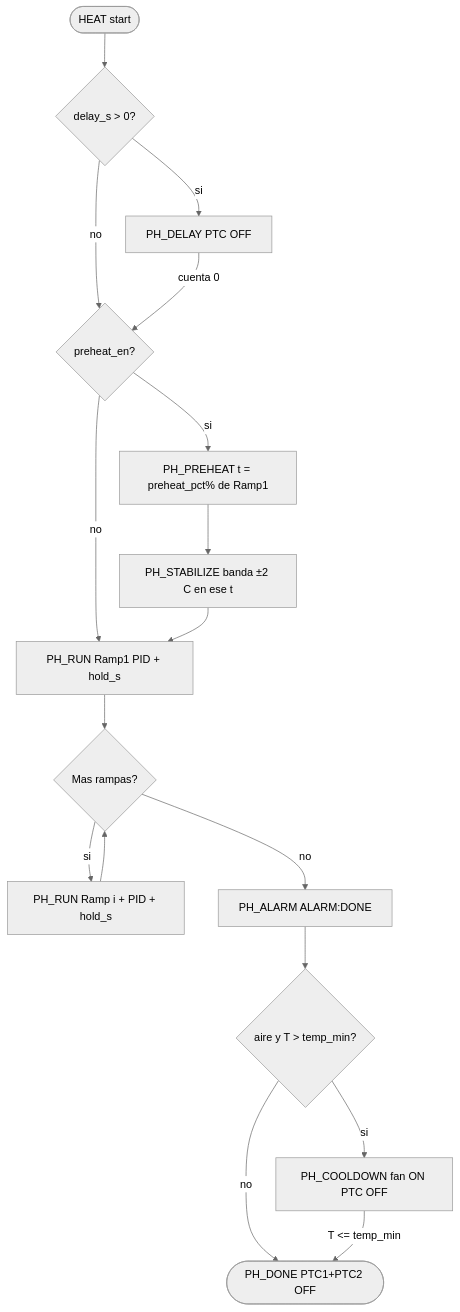
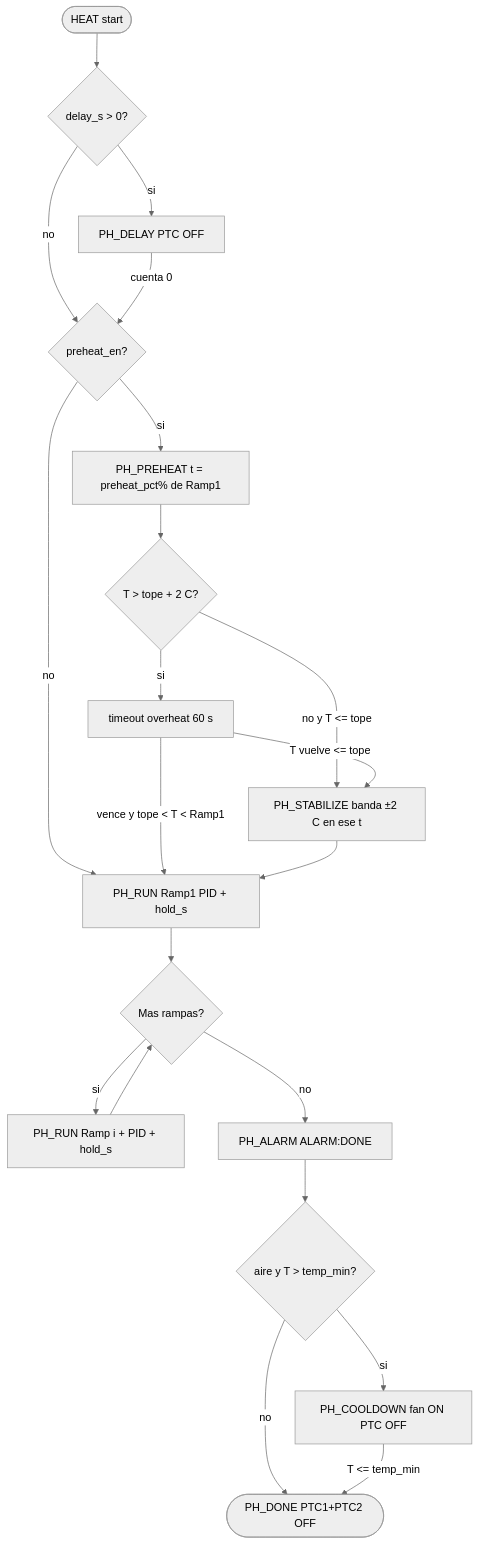
One commit to krisskira/smd-soldering-hotplate changed the diagram in firmware/avr/doc/program_flows.md. Above: the diagram before and after it, drawn with Mermaid (neutral theme). The commit also changed other lines of this file and 37 other files, not shown here.

````diff
--- a/firmware/avr/doc/program_flows.md
+++ b/firmware/avr/doc/program_flows.md
@@ -81,19 +81,23 @@
 ```mermaid
 flowchart TD
   start([HEAT start]) --> dly{"delay_s > 0?"}
   dly -->|si| wait[PH_DELAY PTC OFF]
   dly -->|no| phen
   wait -->|cuenta 0| phen{"preheat_en?"}
   phen -->|no| r1["PH_RUN Ramp1 PID + hold_s"]
   phen -->|si| pre["PH_PREHEAT t = preheat_pct% de Ramp1"]
-  pre --> stab["PH_STABILIZE banda ±2 C en ese t"]
-  stab --> r1["PH_RUN Ramp1 PID + hold_s"]
+  pre --> hi{"T > tope + 2 C?"}
+  hi -->|no y T <= tope| stab["PH_STABILIZE banda ±2 C en ese t"]
+  hi -->|si| ov["timeout overheat 60 s"]
+  ov -->|T vuelve <= tope| stab
+  ov -->|vence y tope < T < Ramp1| r1["PH_RUN Ramp1 PID + hold_s"]
+  stab --> r1
   r1 --> more{Mas rampas?}
   more -->|si| rn["PH_RUN Ramp i + PID + hold_s"]
   rn --> more
   more -->|no| alrm["PH_ALARM ALARM:DONE"]
   alrm --> cool{"aire y T > temp_min?"}
   cool -->|si| cd["PH_COOLDOWN fan ON PTC OFF"]
   cool -->|no| done(["PH_DONE PTC1+PTC2 OFF"])
   cd -->|T <= temp_min| done
 ```
````
